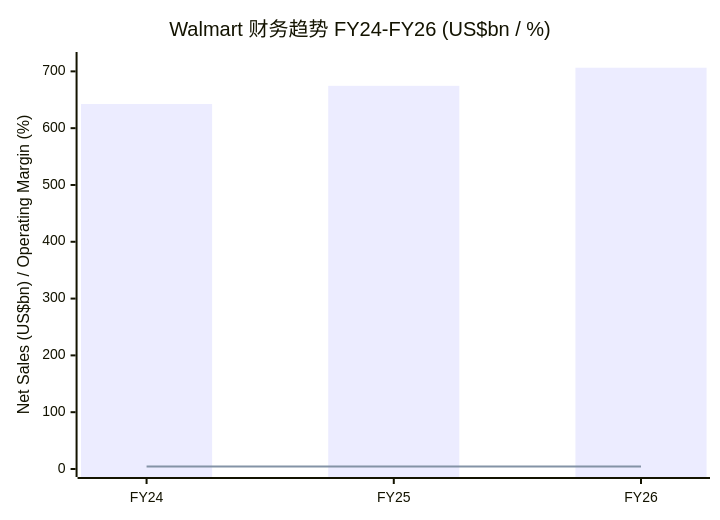
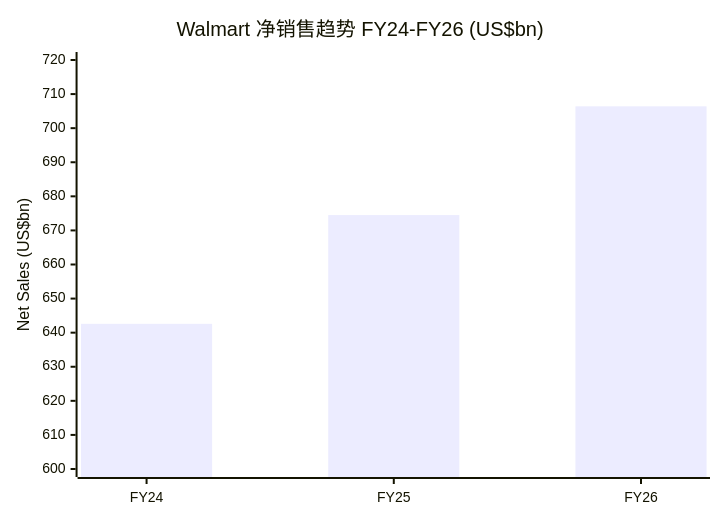
The first of 8 diagrams in reports/company/Walmart_NYSE_WMT/Walmart_NYSE_WMT_公司研究.md (dadachundan/financial_agent), drawn with Mermaid before and after one commit. The commit also changed other lines of this file and 14 other files, not shown here.

````diff
--- a/reports/company/Walmart_NYSE_WMT/Walmart_NYSE_WMT_公司研究.md
+++ b/reports/company/Walmart_NYSE_WMT/Walmart_NYSE_WMT_公司研究.md
@@ -36,8 +71,7 @@
 ```mermaid
 xychart-beta
-  title "Walmart 财务趋势 FY24-FY26 (US$bn / %)"
+  title "Walmart 净销售趋势 FY24-FY26 (US$bn)"
   x-axis ["FY24","FY25","FY26"]
-  y-axis "Net Sales (US$bn) / Operating Margin (%)" 0 --> 720
+  y-axis "Net Sales (US$bn)" 600 --> 720
   bar [642.6, 674.5, 706.4]
-  line [4.2, 4.4, 4.2]
 ```
````
